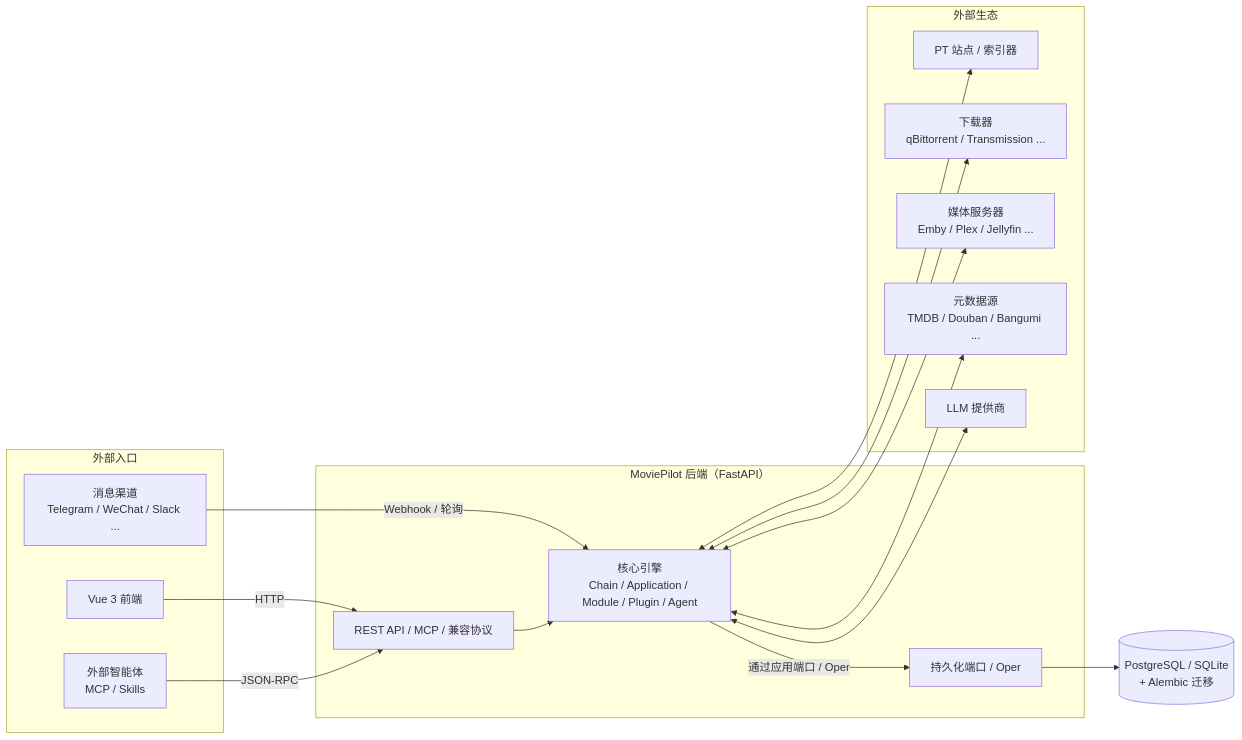
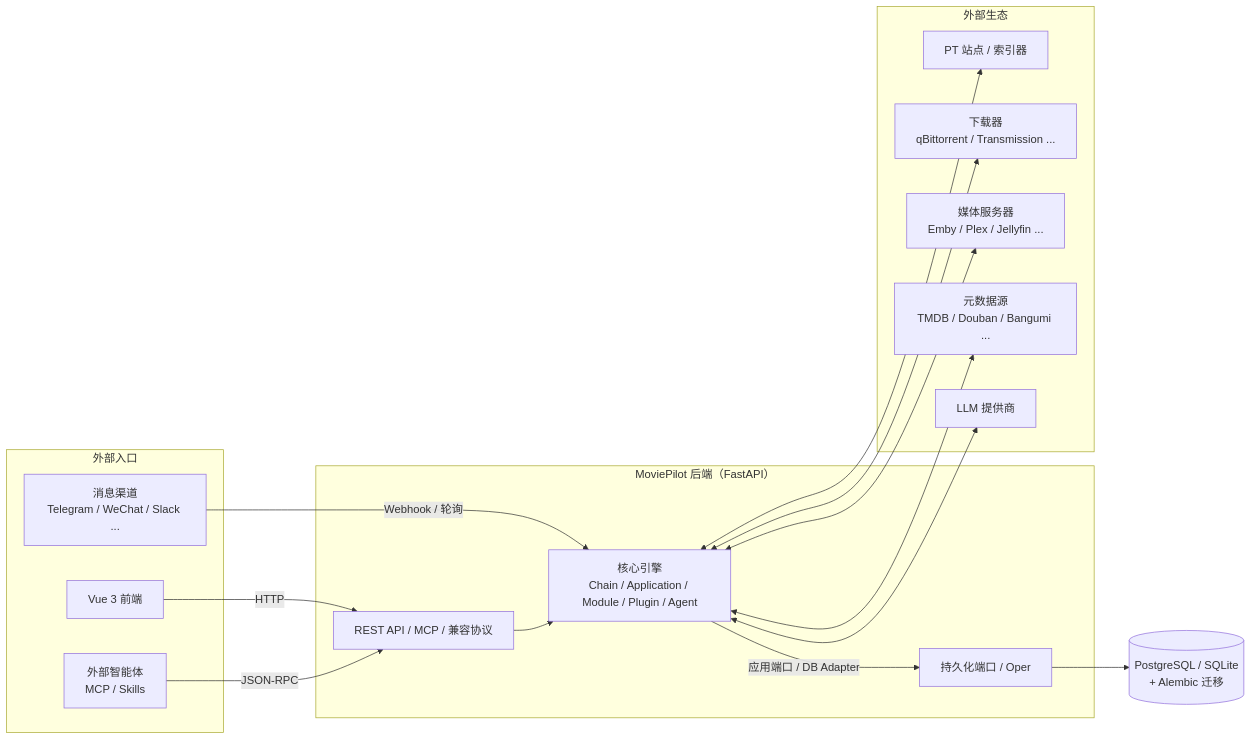
One commit to jxxghp/MoviePilot changed the first of 14 diagrams in docs/architecture-overview.md. Above: the diagram before and after it, drawn with Mermaid. The commit also changed other lines of this file, not shown here.

Commit message:
docs: refresh backend architecture overview

````diff
--- a/docs/architecture-overview.md
+++ b/docs/architecture-overview.md
@@ -21,36 +21,36 @@
 ```mermaid
 flowchart LR
     subgraph 外部["外部入口"]
         Web["Vue 3 前端"]
         Msg["消息渠道<br/>Telegram / WeChat / Slack ..."]
         ExtAgent["外部智能体<br/>MCP / Skills"]
     end
 
     subgraph 后端["MoviePilot 后端（FastAPI）"]
         API["REST API / MCP / 兼容协议"]
         Core["核心引擎<br/>Chain / Application / Module / Plugin / Agent"]
         Persist["持久化端口 / Oper"]
     end
 
     subgraph 外部服务["外部生态"]
         Site["PT 站点 / 索引器"]
         DL["下载器<br/>qBittorrent / Transmission ..."]
         MS["媒体服务器<br/>Emby / Plex / Jellyfin ..."]
         Meta["元数据源<br/>TMDB / Douban / Bangumi ..."]
         LLM["LLM 提供商"]
     end
 
     DB[("PostgreSQL / SQLite<br/>+ Alembic 迁移")]
 
     Web -->|HTTP| API
     Msg -->|Webhook / 轮询| Core
     ExtAgent -->|JSON-RPC| API
     API --> Core
-    Core -->|通过应用端口 / Oper| Persist
+    Core -->|应用端口 / DB Adapter| Persist
     Persist --> DB
     Core <--> Site
     Core <--> DL
     Core <--> MS
     Core <--> Meta
     Core <--> LLM
 ```
````
